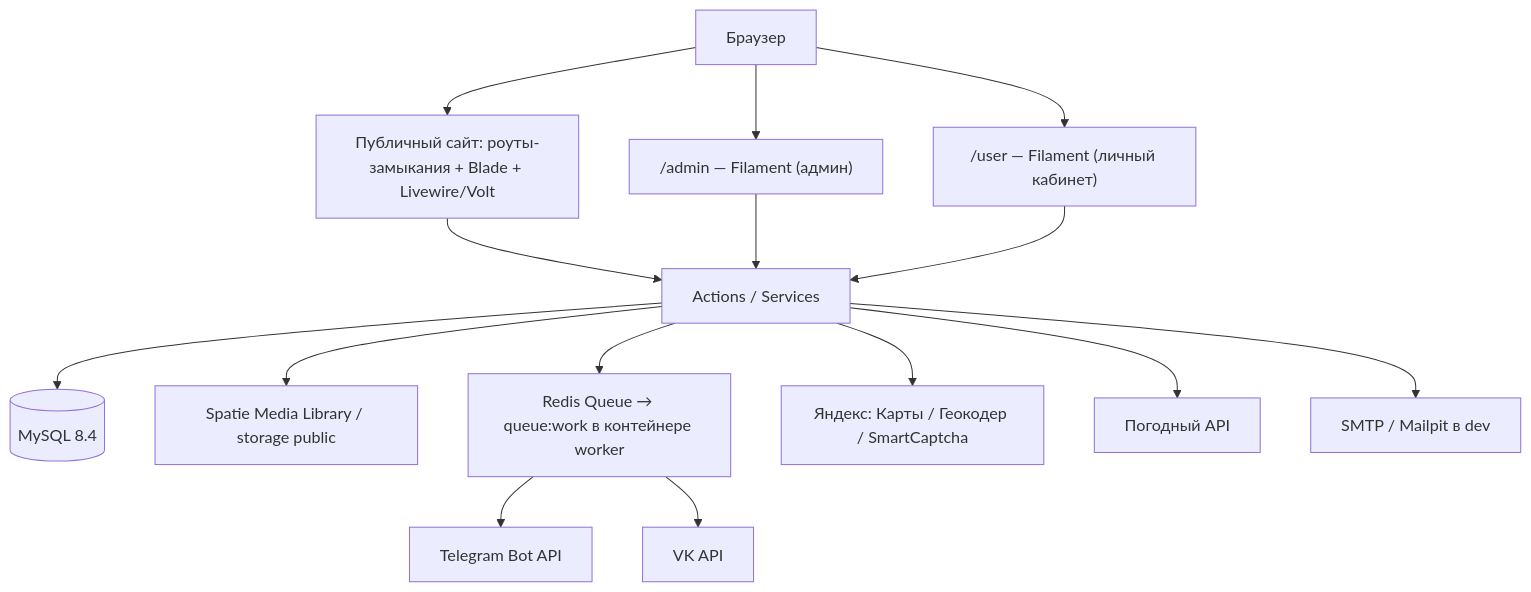
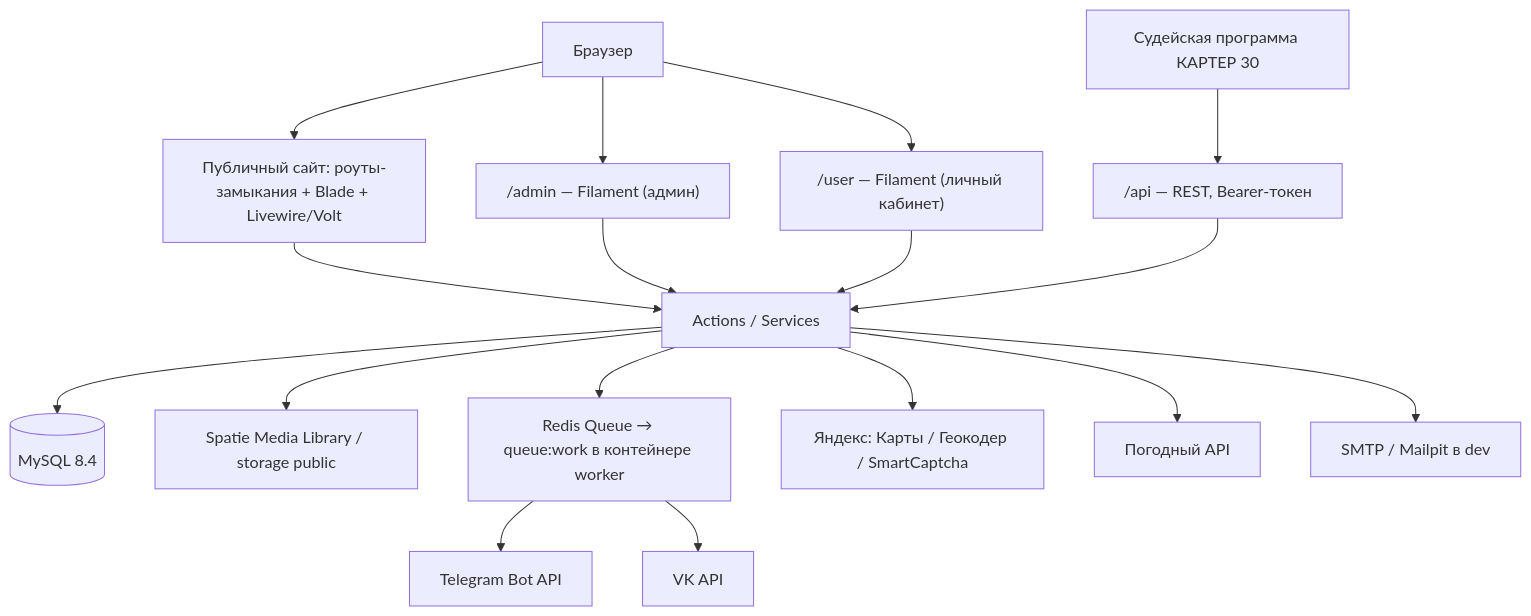
The first of 2 diagrams in DESIGN.md (traacc/yacht-site), drawn with Mermaid before and after one commit. The commit also changed other lines of this file and 3 other files, not shown here.

````diff
--- a/DESIGN.md
+++ b/DESIGN.md
@@ -26,20 +26,23 @@
 ```mermaid
 graph TB
     Browser[Браузер] --> Public[Публичный сайт: роуты-замыкания + Blade + Livewire/Volt]
     Browser --> Admin["/admin — Filament (админ)"]
     Browser --> Cabinet["/user — Filament (личный кабинет)"]
 
     Public --> Actions[Actions / Services]
     Admin --> Actions
     Cabinet --> Actions
 
     Actions --> DB[(MySQL 8.4)]
     Actions --> Media[Spatie Media Library / storage public]
     Actions --> Queue[Redis Queue → queue:work в контейнере worker]
 
     Queue --> TG[Telegram Bot API]
     Queue --> VK[VK API]
     Actions --> Yandex[Яндекс: Карты / Геокодер / SmartCaptcha]
     Actions --> Weather[Погодный API]
     Actions --> Mail[SMTP / Mailpit в dev]
+
+    Judge[Судейская программа КАРТЕР 30] --> Api["/api — REST, Bearer-токен"]
+    Api --> Actions
 ```
````
